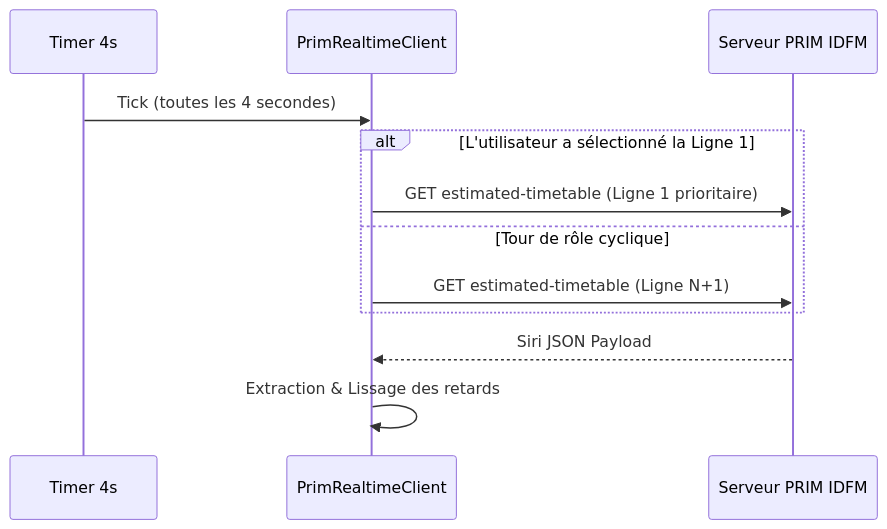
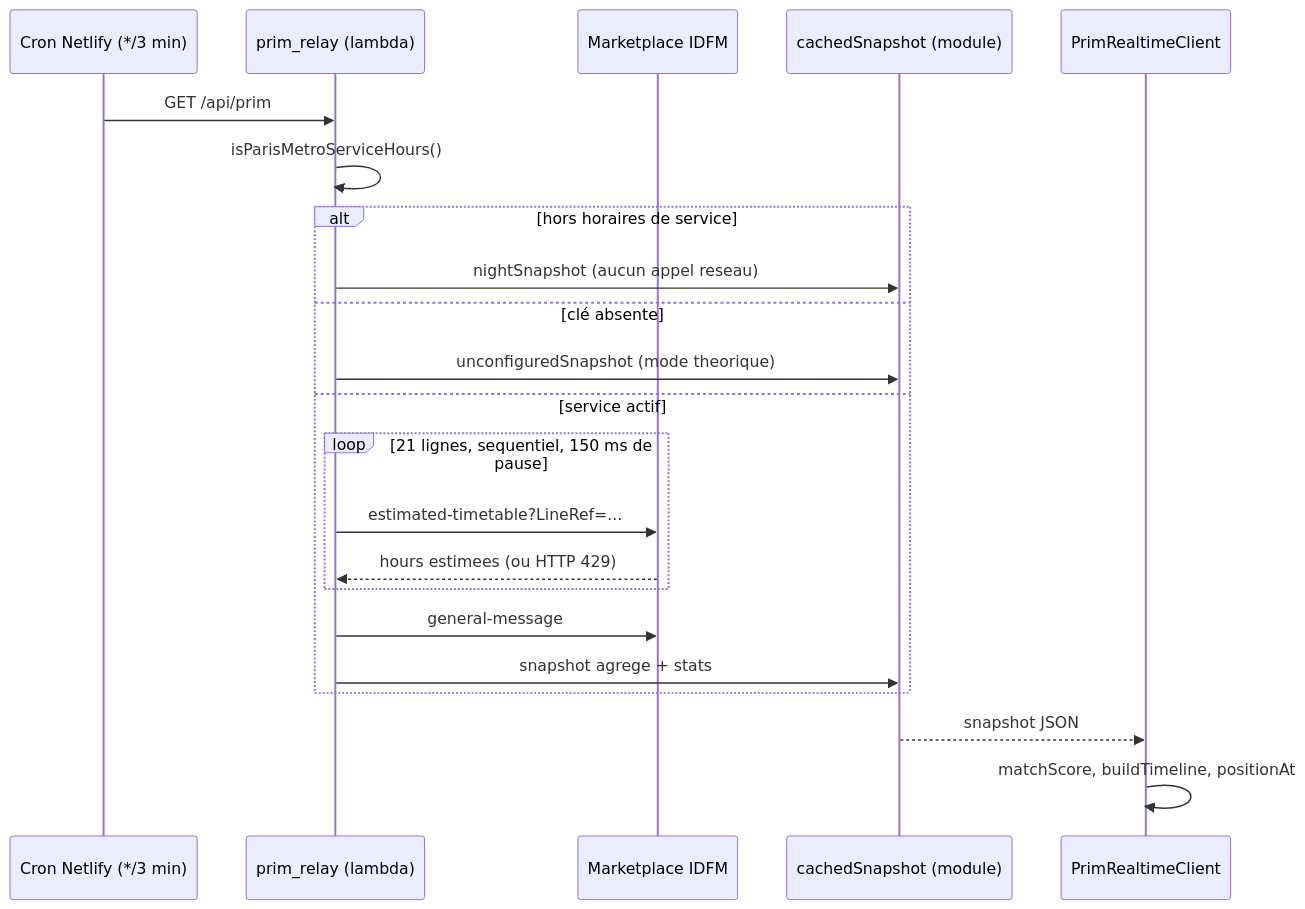
One commit to Morgan98800/GlobalMetro3D changed the diagram in docs/REALTIME_PRIM.md. Above: the diagram before and after it, drawn with Mermaid. The commit also changed other lines of this file and 179 other files, not shown here.

````diff
--- a/docs/REALTIME_PRIM.md
+++ b/docs/REALTIME_PRIM.md
@@ -27,15 +43,25 @@
 ```mermaid
 sequenceDiagram
-    participant Horloge as Timer 4s
+    participant Cron as Cron Netlify (*/3 min)
+    participant Relay as prim_relay (lambda)
+    participant PRIM as Marketplace IDFM
+    participant Cache as cachedSnapshot (module)
     participant Client as PrimRealtimeClient
-    participant PRIM as Serveur PRIM IDFM
 
-    Horloge->>Client: Tick (toutes les 4 secondes)
-    alt L'utilisateur a sélectionné la Ligne 1
-        Client->>PRIM: GET estimated-timetable (Ligne 1 prioritaire)
-    else Tour de rôle cyclique
-        Client->>PRIM: GET estimated-timetable (Ligne N+1)
+    Cron->>Relay: GET /api/prim
+    Relay->>Relay: isParisMetroServiceHours()
+    alt hors horaires de service
+        Relay->>Cache: nightSnapshot (aucun appel reseau)
+    else clé absente
+        Relay->>Cache: unconfiguredSnapshot (mode theorique)
+    else service actif
+        loop 21 lignes, sequentiel, 150 ms de pause
+            Relay->>PRIM: estimated-timetable?LineRef=...
+            PRIM-->>Relay: hours estimees (ou HTTP 429)
+        end
+        Relay->>PRIM: general-message
+        Relay->>Cache: snapshot agrege + stats
     end
-    PRIM-->>Client: Siri JSON Payload
-    Client->>Client: Extraction & Lissage des retards
+    Cache-->>Client: snapshot JSON
+    Client->>Client: matchScore, buildTimeline, positionAt
 ```
````
